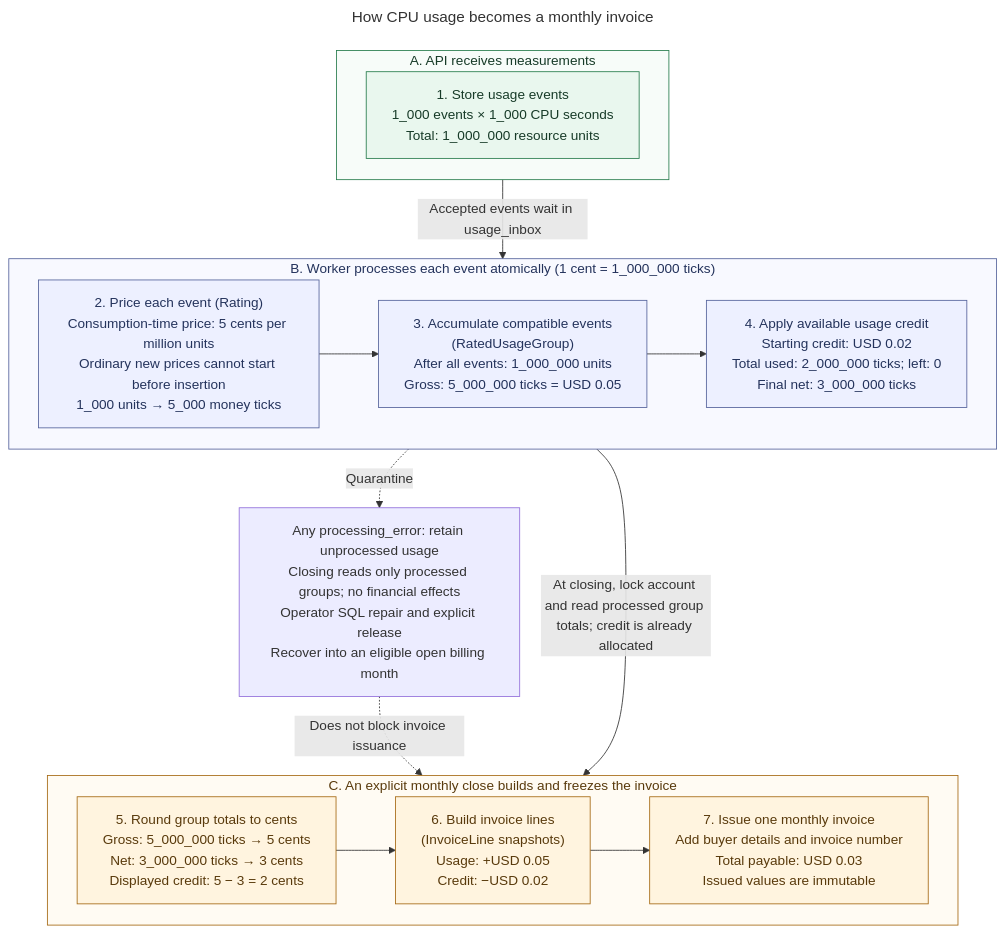
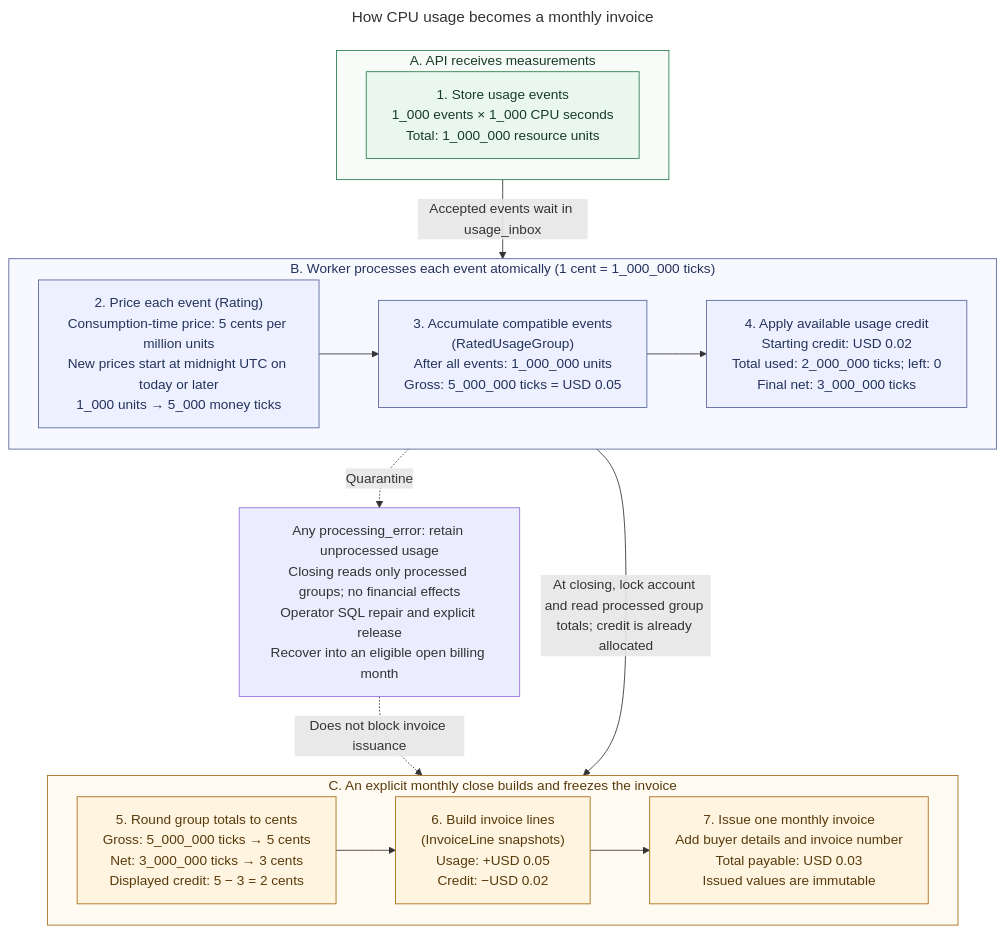
The diagram in docs/diagrams/usage-to-invoice/usage-to-invoice.mmd (pupitooo/e2b-billing-api), drawn with Mermaid before and after one commit. The commit also changed 55 other files, not shown here.

```diff
--- a/docs/diagrams/usage-to-invoice/usage-to-invoice.mmd
+++ b/docs/diagrams/usage-to-invoice/usage-to-invoice.mmd
@@ -1,58 +1,58 @@
 ---
 title: How CPU usage becomes a monthly invoice
 config:
   layout: dagre
   flowchart:
     wrappingWidth: 270
     nodeSpacing: 30
     rankSpacing: 45
     useMaxWidth: false
 ---
 %% Numbered boxes explain transformations, not services or SQL statement order.
 %% Example: one customer, metric, price version, usage month, and billing month.
 %% All 1_000 events are processed before October closes; no add-ons are included.
 %% The 2-cent starting credit is illustrative; 1 cent = 1_000_000 ticks.
 %% Group and credit boxes show cumulative results after all events are processed.
 %% Steps 2-4 commit together for each event; credit uses exact ticks.
 %% The worker also maintains booked_charge_cents as a running gross projection.
 %% Closing snapshots lines in invoices.snapshot.lines and freezes linked groups.
 flowchart TB
     subgraph intake["A. API receives measurements"]
         events["1. Store usage events<br/>1_000 events × 1_000 CPU seconds<br/>Total: 1_000_000 resource units"]
     end
 
     subgraph processing["B. Worker processes each event atomically (1 cent = 1_000_000 ticks)"]
         direction LR
-        rating["2. Price each event (Rating)<br/>Consumption-time price: 5 cents per million units<br/>Ordinary new prices cannot start before insertion<br/>1_000 units → 5_000 money ticks"]
+        rating["2. Price each event (Rating)<br/>Consumption-time price: 5 cents per million units<br/>New prices start at midnight UTC on today or later<br/>1_000 units → 5_000 money ticks"]
         group["3. Accumulate compatible events<br/>(RatedUsageGroup)<br/>After all events: 1_000_000 units<br/>Gross: 5_000_000 ticks = USD 0.05"]
         credits["4. Apply available usage credit<br/>Starting credit: USD 0.02<br/>Total used: 2_000_000 ticks; left: 0<br/>Final net: 3_000_000 ticks"]
 
         rating --> group --> credits
     end
 
     subgraph closing["C. An explicit monthly close builds and freezes the invoice"]
         direction LR
         rounding["5. Round group totals to cents<br/>Gross: 5_000_000 ticks → 5 cents<br/>Net: 3_000_000 ticks → 3 cents<br/>Displayed credit: 5 − 3 = 2 cents"]
         lines["6. Build invoice lines<br/>(InvoiceLine snapshots)<br/>Usage: +USD 0.05<br/>Credit: −USD 0.02"]
         invoice["7. Issue one monthly invoice<br/>Add buyer details and invoice number<br/>Total payable: USD 0.03<br/>Issued values are immutable"]
 
         rounding --> lines --> invoice
     end
 
     errors["Any processing_error: retain unprocessed usage<br/>Closing reads only processed groups; no financial effects<br/>Operator SQL repair and explicit release<br/>Recover into an eligible open billing month"]
     rating -.->|"Quarantine"| errors
     errors -.->|"Does not block invoice issuance"| invoice
 
     intake -->|"Accepted events wait in usage_inbox"| processing
     processing -->|"At closing, lock account and read processed group totals; credit is already allocated"| closing
 
     classDef input fill:#e9f7ee,stroke:#287d4e,color:#173b28;
     classDef accounting fill:#edf0ff,stroke:#56649c,color:#24335c;
     classDef document fill:#fff4df,stroke:#a66a15,color:#593a0c;
     class events input;
     class rating,group,credits accounting;
     class rounding,lines,invoice document;
 
     style intake fill:#f7fcf9,stroke:#287d4e,color:#173b28;
     style processing fill:#f8f9ff,stroke:#56649c,color:#24335c;
     style closing fill:#fffbf3,stroke:#a66a15,color:#593a0c;
```
